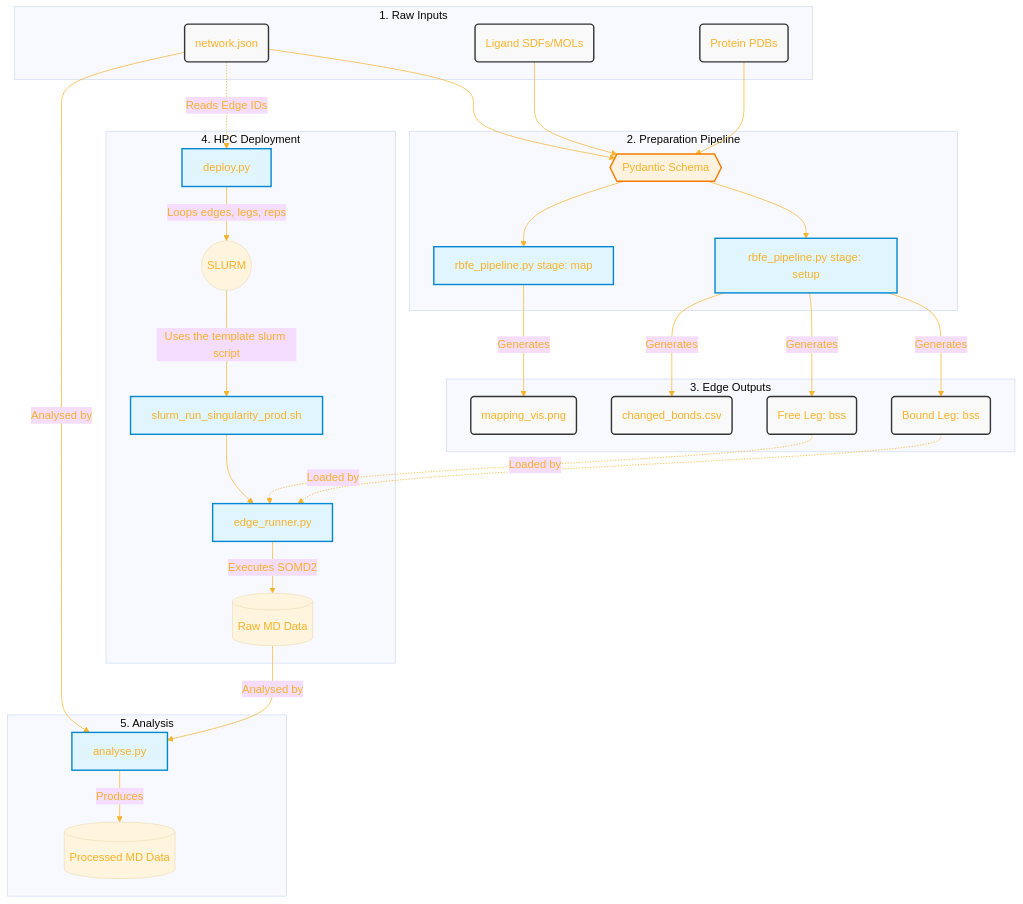
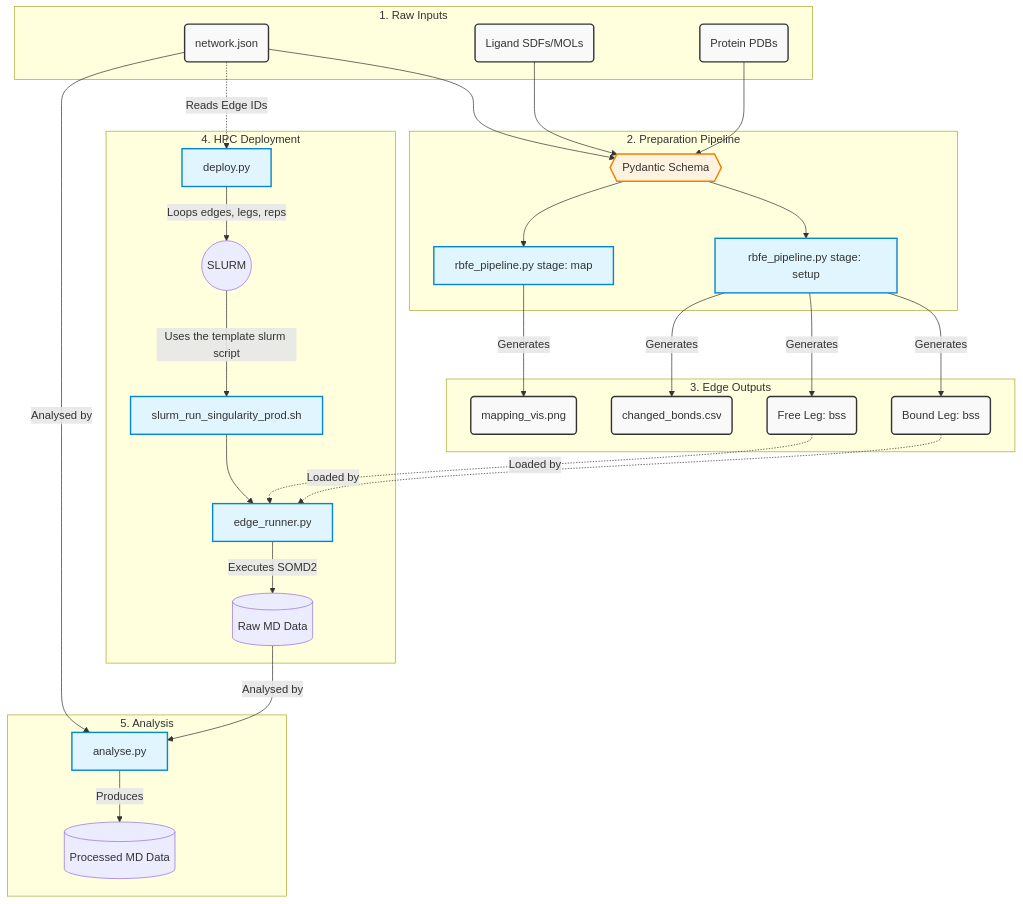
The diagram in README.md (akalpokas/scaffold-hopping-fep-benchmark), drawn with Mermaid before and after one commit.

Commit message:
Remove the disgusting colours from the mermaid.js flowchart - part 2

````diff
--- a/README.md
+++ b/README.md
@@ -48,76 +48,68 @@
 ```mermaid
----
-config:
-  theme: 'base'
-  themeVariables:
-    primaryTextColor: '#F8B229'
-    lineColor: '#F8B229'
-    background: '#ffffff'
----
 flowchart TD
     classDef file fill:#f9f9f9,stroke:#333,stroke-width:2px;
     classDef script fill:#e1f5fe,stroke:#0288d1,stroke-width:2px;
     classDef check fill:#fff3e0,stroke:#f57c00,stroke-width:2px;
 
     subgraph Inputs ["1. Raw Inputs"]
         JSON(network.json):::file
         SDF(Ligand SDFs/MOLs):::file
         PDB(Protein PDBs):::file
     end
 
     subgraph Prep ["2. Preparation Pipeline"]
         Schema{{Pydantic Schema}}:::check
         PipeMap[rbfe_pipeline.py stage: map]:::script
         PipeSetup[rbfe_pipeline.py stage: setup]:::script
         
         Schema --> PipeMap
         Schema --> PipeSetup
     end
 
     subgraph LocalOut ["3. Edge Outputs"]
         Vis(mapping_vis.png):::file
         CSV(changed_bonds.csv):::file
         Free(Free Leg: bss):::file
         Bound(Bound Leg: bss):::file
     end
 
     subgraph Cluster ["4. HPC Deployment"]
         Deploy[deploy.py]:::script
         Slurm((SLURM))
         Bash[slurm_run_singularity_prod.sh]:::script
         Run[edge_runner.py]:::script
         MD[(Raw MD Data)]
     end
 
     subgraph Analysis ["5. Analysis"]
         Analyse[analyse.py]:::script
         FinalData[(Processed MD Data)]
     end
 
     %% Step 1 to 2
     JSON --> Schema
     SDF --> Schema
     PDB --> Schema
 
     %% Step 2 to 3
     PipeMap -->|Generates| Vis
     PipeSetup -->|Generates| CSV
     PipeSetup -->|Generates| Free
     PipeSetup -->|Generates| Bound
 
     %% Step 3 to 4
     JSON -.->|Reads Edge IDs| Deploy
     Deploy -->|Loops edges, legs, reps| Slurm
     Slurm -->|Uses the template slurm script| Bash
     Bash --> Run
     
     Free -.->|Loaded by| Run
     Bound -.->|Loaded by| Run
     
     Run -->|Executes SOMD2| MD
 
     %% Step 4 to 5
     JSON -->|Analysed by| Analyse
     MD -->|Analysed by| Analyse
     Analyse -->| Produces | FinalData
 ```
````
